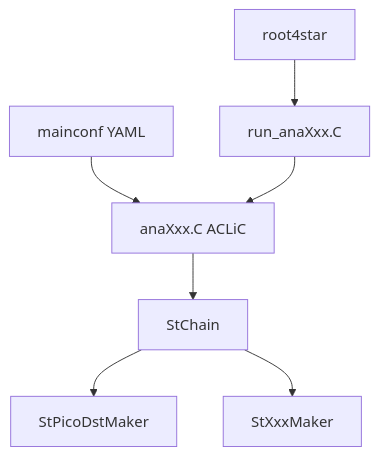
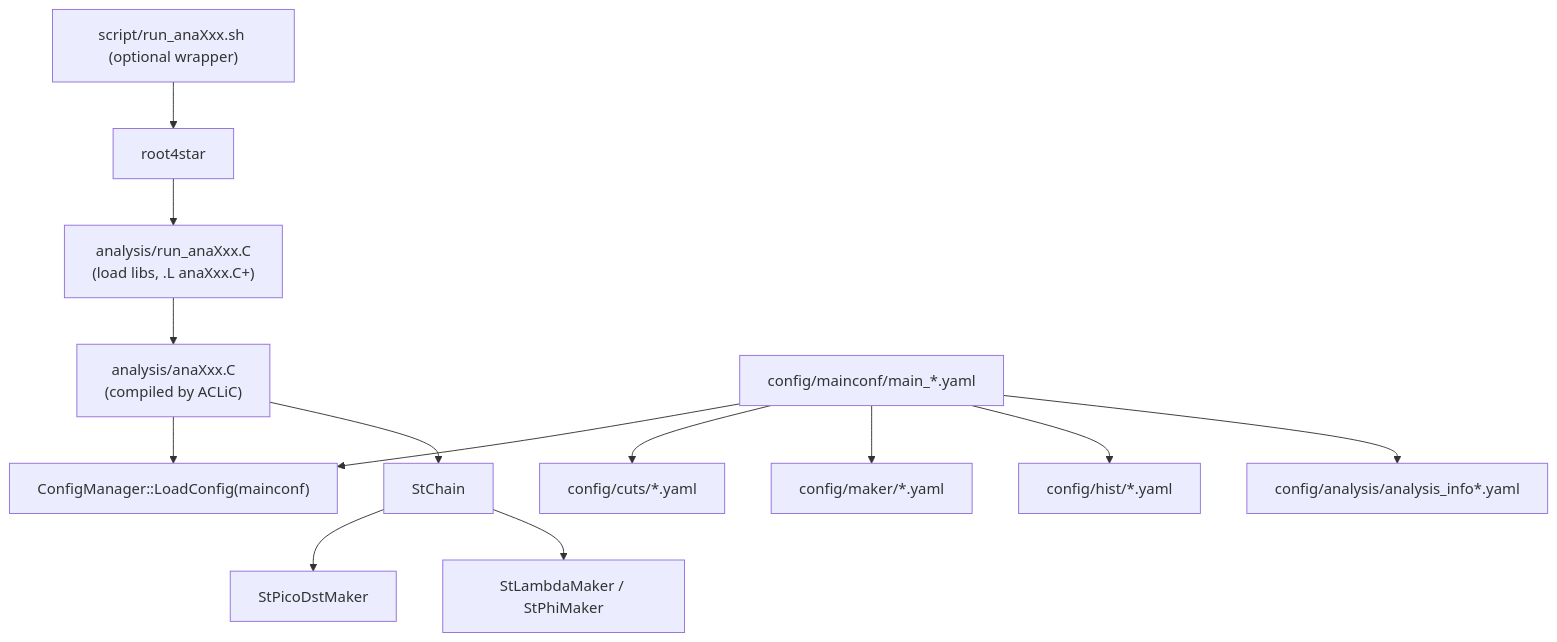
One commit to star-tohoku/star-analyzer changed the diagram in README.md. Above: the diagram before and after it, drawn with Mermaid. The commit also changed other lines of this file, not shown here.

````diff
--- a/README.md
+++ b/README.md
@@ -7,17 +7,33 @@
 ```mermaid
 flowchart TD
-  MC["mainconf YAML"]
   R4["root4star"]
-  Run["run_anaXxx.C"]
-  Ana["anaXxx.C ACLiC"]
+  RS["script/run_anaXxx.sh (optional wrapper)"]
+  Run["analysis/run_anaXxx.C<br/>(load libs, .L anaXxx.C+)"]
+  Ana["analysis/anaXxx.C<br/>(compiled by ACLiC)"]
+
+  MC["config/mainconf/main_*.yaml"]
+  CFG["ConfigManager::LoadConfig(mainconf)"]
+  CUTC["config/cuts/*.yaml"]
+  MKC["config/maker/*.yaml"]
+  HC["config/hist/*.yaml"]
+  AIC["config/analysis/analysis_info*.yaml"]
+
   Ch["StChain"]
   P["StPicoDstMaker"]
-  M["StXxxMaker"]
+  M["StLambdaMaker / StPhiMaker"]
 
-  MC --> Ana
+  RS --> R4
   R4 --> Run
   Run --> Ana
+
+  Ana --> CFG
+  MC --> CFG
+  MC --> CUTC
+  MC --> MKC
+  MC --> HC
+  MC --> AIC
+
   Ana --> Ch
   Ch --> P
   Ch --> M
 ```
````
